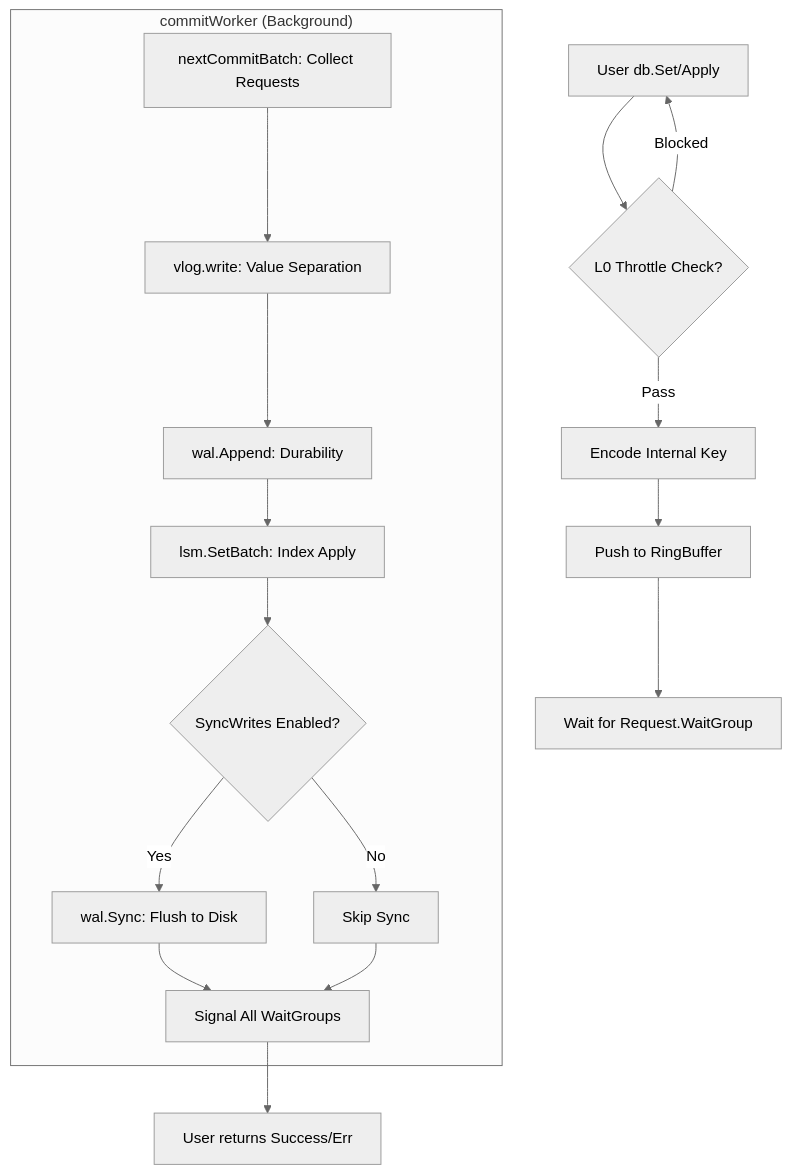
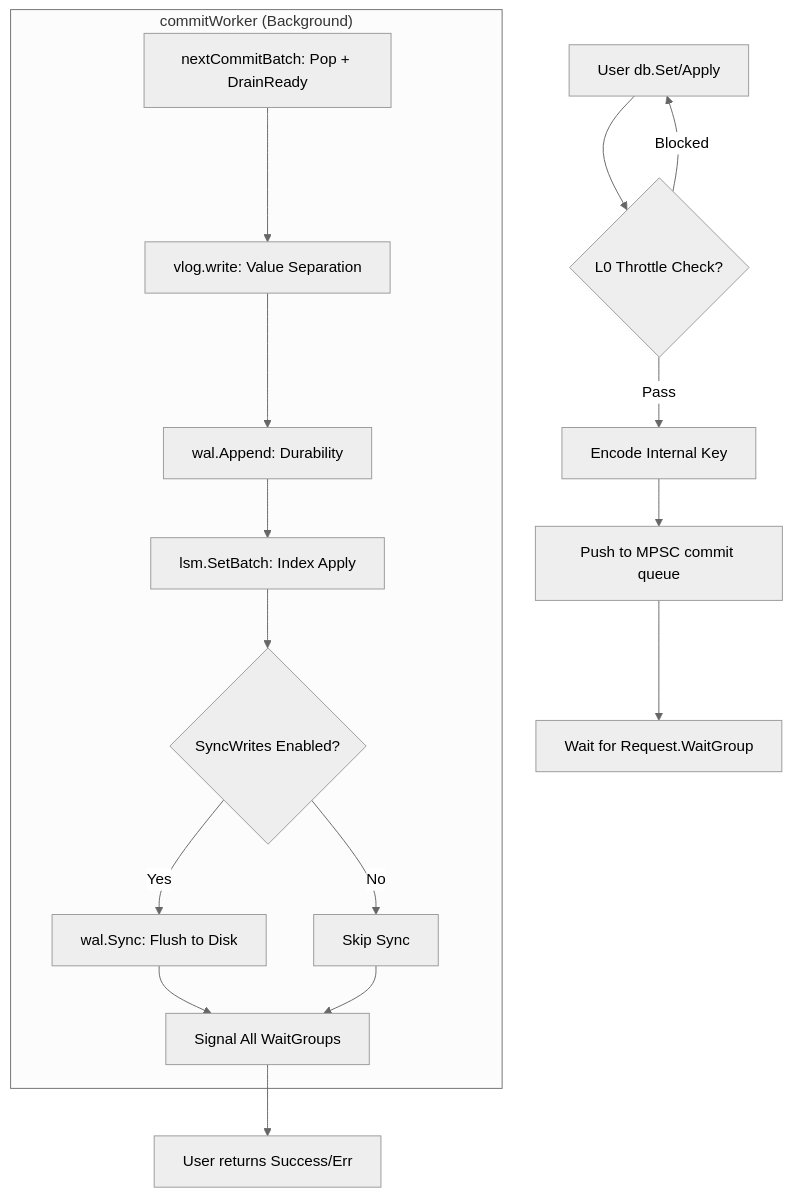
The diagram in docs/notes/2026-02-09-write-pipeline-mpsc-and-adaptive-batching.md (feichai0017/NoKV), drawn with Mermaid (neutral theme) before and after one commit. The commit also changed other lines of this file and 5 other files, not shown here.

Commit message:
docs: align architecture docs with current code

````diff
--- a/docs/notes/2026-02-09-write-pipeline-mpsc-and-adaptive-batching.md
+++ b/docs/notes/2026-02-09-write-pipeline-mpsc-and-adaptive-batching.md
@@ -51,21 +60,21 @@
 ```mermaid
 graph TD
     A[User db.Set/Apply] --> B{L0 Throttle Check?}
     B -- Blocked --> A
     B -- Pass --> C[Encode Internal Key]
-    C --> D[Push to RingBuffer]
+    C --> D["Push to MPSC commit queue"]
     D --> E[Wait for Request.WaitGroup]
     
     subgraph "commitWorker (Background)"
-        F[nextCommitBatch: Collect Requests] --> G[vlog.write: Value Separation]
+        F["nextCommitBatch: Pop + DrainReady"] --> G[vlog.write: Value Separation]
         G --> H[wal.Append: Durability]
         H --> I[lsm.SetBatch: Index Apply]
         I --> J{SyncWrites Enabled?}
         J -- Yes --> K[wal.Sync: Flush to Disk]
         J -- No --> L[Skip Sync]
         K --> M[Signal All WaitGroups]
         L --> M
     end
     
     M --> N[User returns Success/Err]
 ```
````
